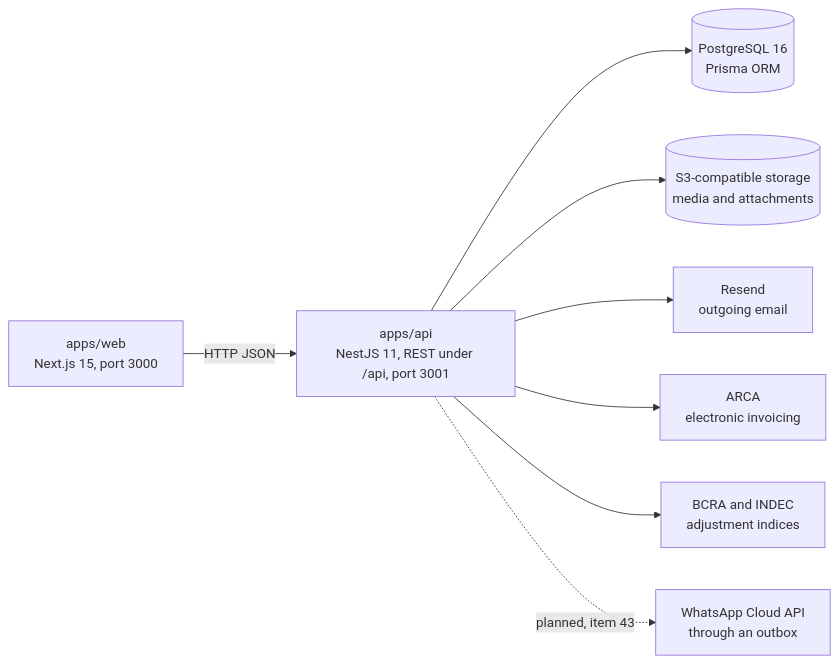
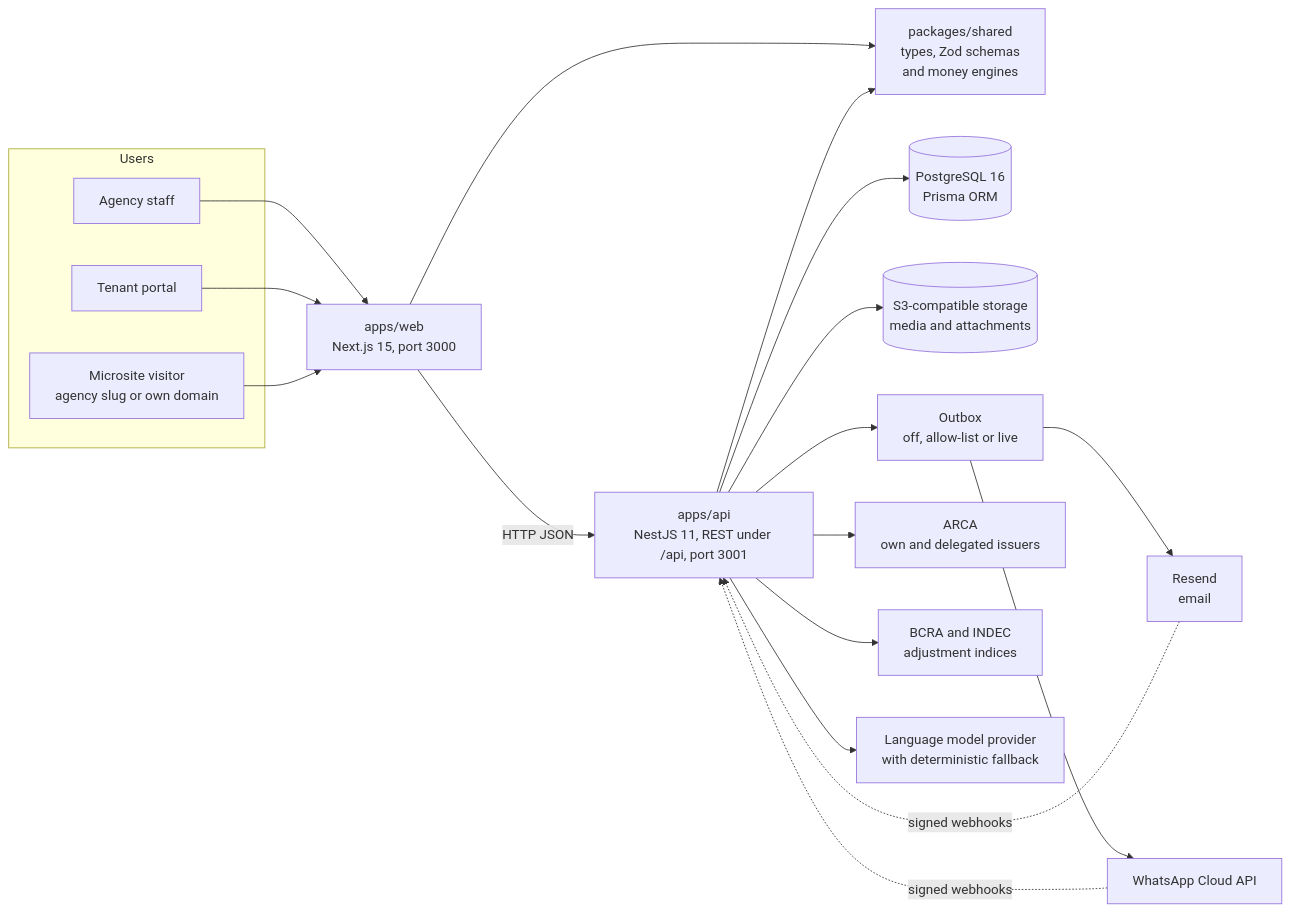
The diagram in README.md (RomeV16/Proyecto-Final---Realfy), drawn with Mermaid before and after one commit. The commit also changed other lines of this file and 2 other files, not shown here.

````diff
--- a/README.md
+++ b/README.md
@@ -33,10 +65,24 @@
 ```mermaid
 flowchart LR
+    subgraph users["Users"]
+        staff["Agency staff"]
+        tenant["Tenant portal"]
+        visitor["Microsite visitor<br/>agency slug or own domain"]
+    end
+    staff --> web
+    tenant --> web
+    visitor --> web
     web["apps/web<br/>Next.js 15, port 3000"] -- "HTTP JSON" --> api["apps/api<br/>NestJS 11, REST under /api, port 3001"]
+    web --> shared["packages/shared<br/>types, Zod schemas<br/>and money engines"]
+    api --> shared
     api --> db[("PostgreSQL 16<br/>Prisma ORM")]
     api --> s3[("S3-compatible storage<br/>media and attachments")]
-    api --> resend["Resend<br/>outgoing email"]
-    api --> arca["ARCA<br/>electronic invoicing"]
+    api --> outbox["Outbox<br/>off, allow-list or live"]
+    outbox --> resend["Resend<br/>email"]
+    outbox --> wa["WhatsApp Cloud API"]
+    resend -.->|signed webhooks| api
+    wa -.->|signed webhooks| api
+    api --> arca["ARCA<br/>own and delegated issuers"]
     api --> idx["BCRA and INDEC<br/>adjustment indices"]
-    api -.->|planned, item 43| wa["WhatsApp Cloud API<br/>through an outbox"]
+    api --> llm["Language model provider<br/>with deterministic fallback"]
 ```
````
